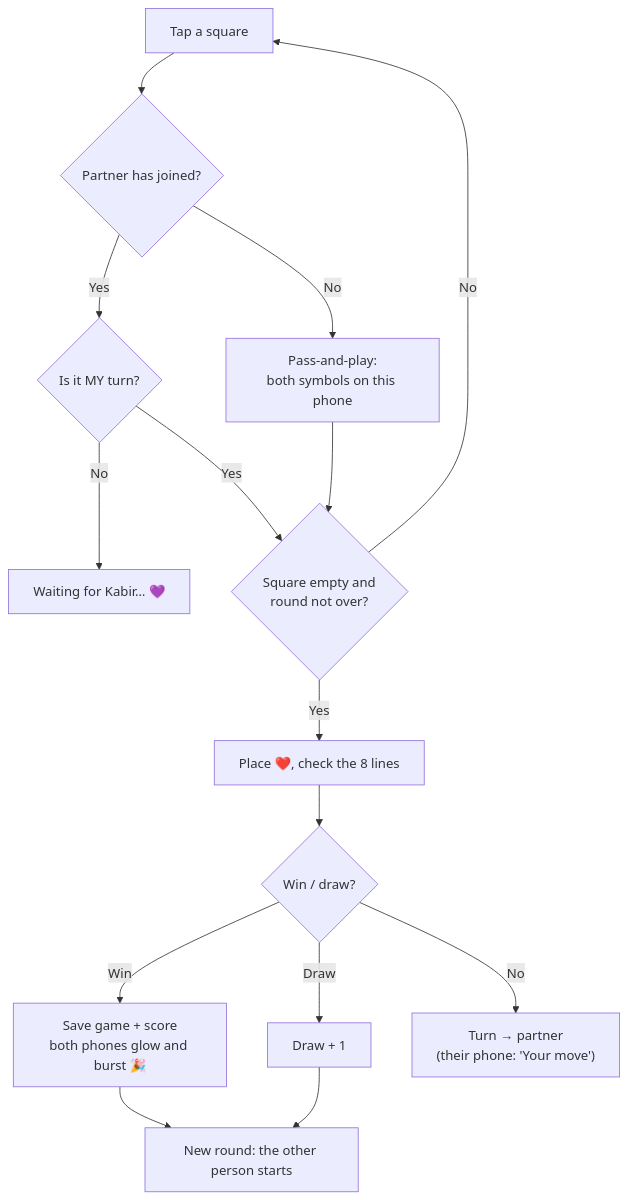
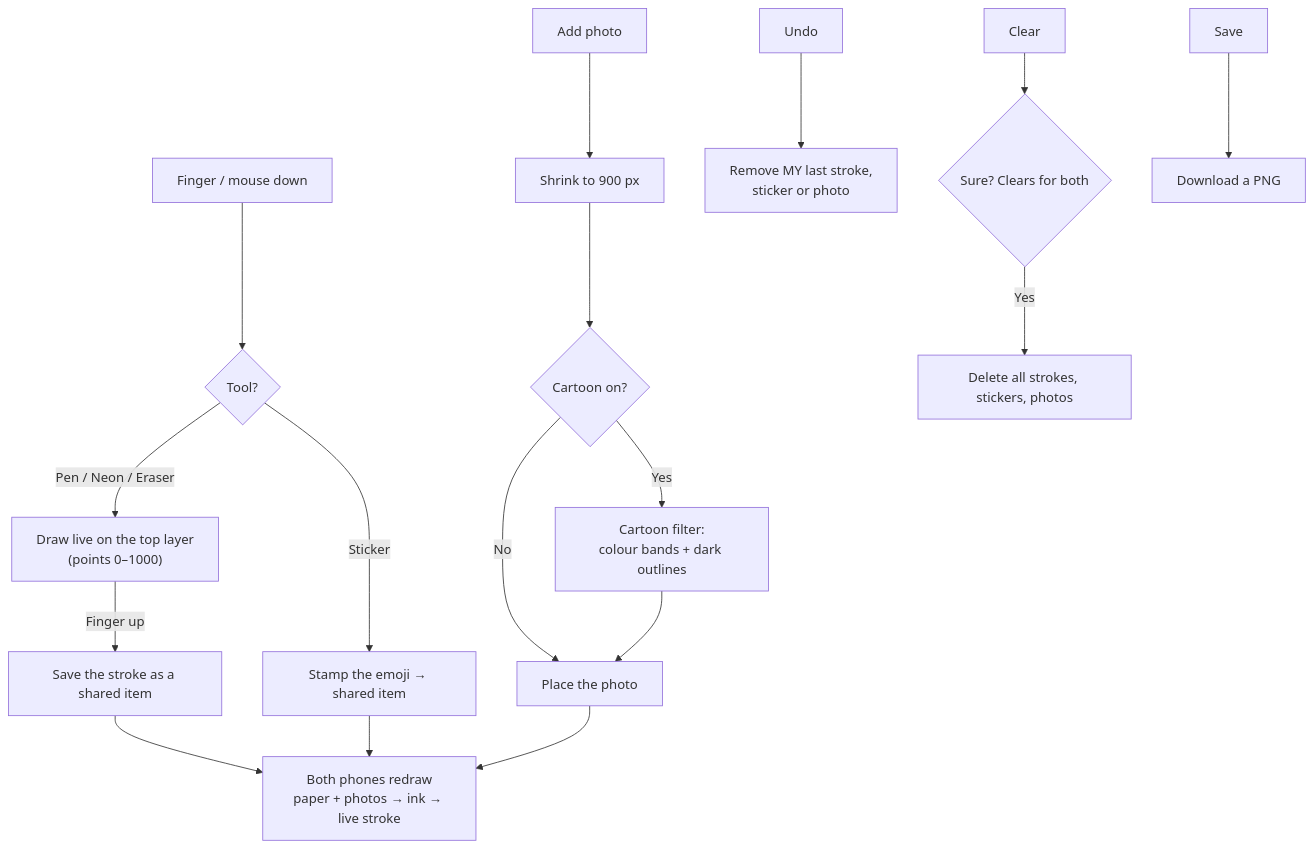
One commit to silent-coder-dev/private-space changed diagram 18 of 27 in front-end/doc/04-flowcharts.md. Above: the diagram before and after it, drawn with Mermaid. The commit also changed other lines of this file and 144 other files, not shown here.

````diff
--- a/front-end/doc/04-flowcharts.md
+++ b/front-end/doc/04-flowcharts.md
@@ -294,16 +387,16 @@
 ```mermaid
 flowchart TD
-    A["Tap a square"] --> B{"Partner has joined?"}
-    B -->|"No"| C["Pass-and-play:<br/>both symbols on this phone"]
-    B -->|"Yes"| D{"Is it MY turn?"}
-    D -->|"No"| W["Waiting for Kabir… 💜"]
-    D -->|"Yes"| E{"Square empty and<br/>round not over?"}
-    C --> E
-    E -->|"No"| A
-    E -->|"Yes"| F["Place ❤️, check the 8 lines"]
-    F --> G{"Win / draw?"}
-    G -->|"Win"| H["Save game + score<br/>both phones glow and burst 🎉"]
-    G -->|"Draw"| I["Draw + 1"]
-    G -->|"No"| J["Turn → partner<br/>(their phone: 'Your move')"]
-    H & I --> K["New round: the other person starts"]
+    A["Finger / mouse down"] --> B{"Tool?"}
+    B -->|"Pen / Neon / Eraser"| C["Draw live on the top layer<br/>(points 0–1000)"]
+    C -->|"Finger up"| D["Save the stroke as a shared item"]
+    B -->|"Sticker"| E["Stamp the emoji → shared item"]
+    D & E --> F["Both phones redraw<br/>paper + photos → ink → live stroke"]
+    P["Add photo"] --> Q["Shrink to 900 px"]
+    Q --> R{"Cartoon on?"}
+    R -->|"Yes"| S["Cartoon filter:<br/>colour bands + dark outlines"]
+    R -->|"No"| T["Place the photo"]
+    S --> T --> F
+    U["Undo"] --> U2["Remove MY last stroke,<br/>sticker or photo"]
+    X["Clear"] --> X2{"Sure? Clears for both"} -->|"Yes"| X3["Delete all strokes, stickers, photos"]
+    Y["Save"] --> Y2["Download a PNG"]
 ```
````
